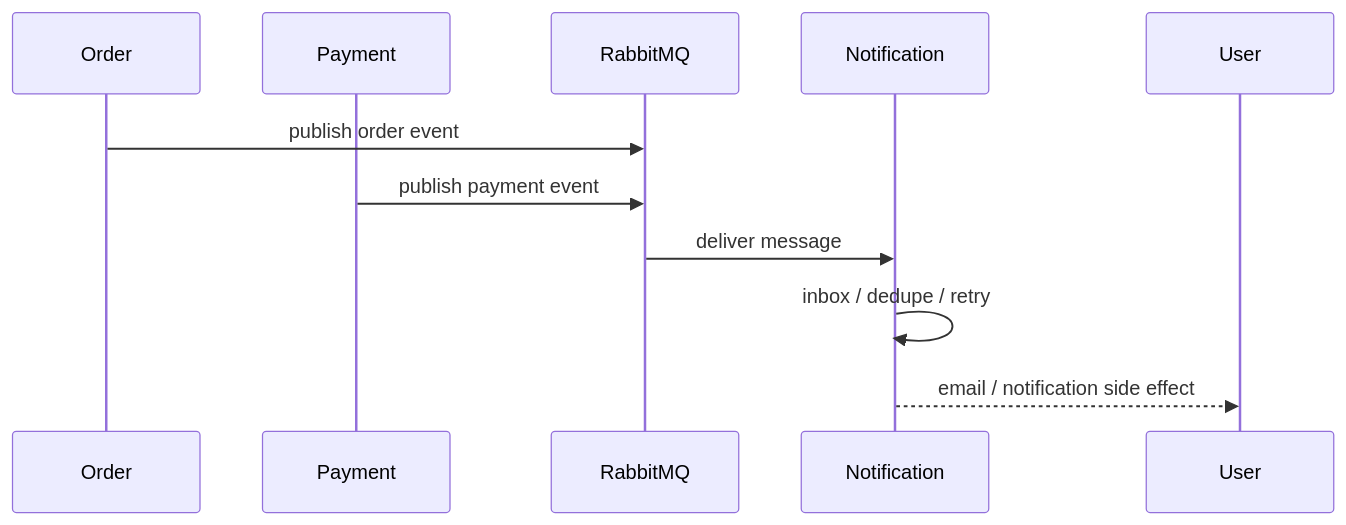
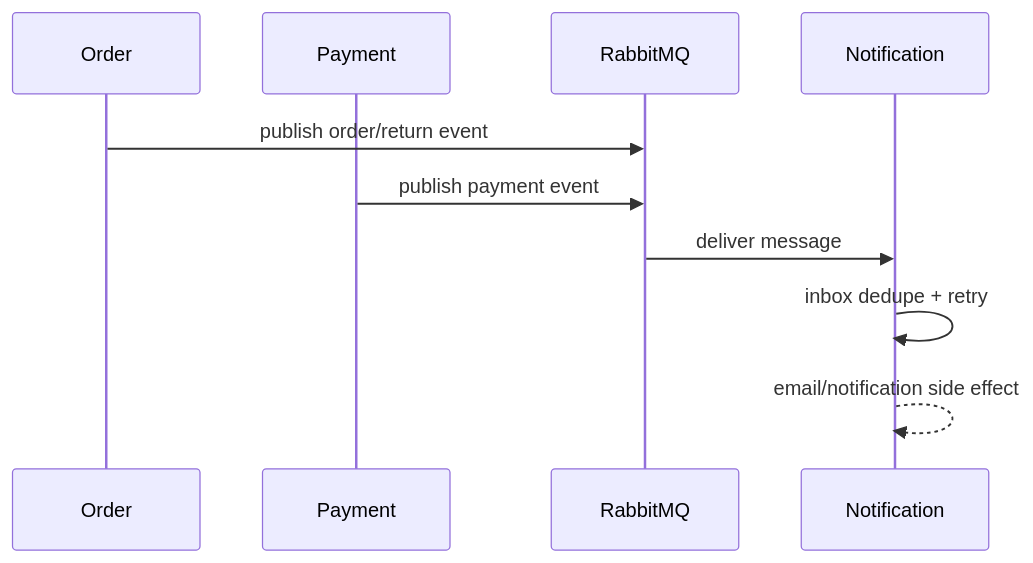
One commit to NguyenDung278/E-CommerceMicroservicesPlatform changed the third of 3 diagrams in LOGIC_FLOW.md. Above: the diagram before and after it, drawn with Mermaid. The commit also changed other lines of this file and 7 other files, not shown here.

````diff
--- a/LOGIC_FLOW.md
+++ b/LOGIC_FLOW.md
@@ -339,13 +318,13 @@
 ```mermaid
 sequenceDiagram
     participant Order
     participant Payment
     participant RabbitMQ
     participant Notification
 
-    Order->>RabbitMQ: publish order event
+    Order->>RabbitMQ: publish order/return event
     Payment->>RabbitMQ: publish payment event
     RabbitMQ->>Notification: deliver message
-    Notification->>Notification: inbox / dedupe / retry
-    Notification-->>User: email / notification side effect
+    Notification->>Notification: inbox dedupe + retry
+    Notification-->>Notification: email/notification side effect
 ```
````
